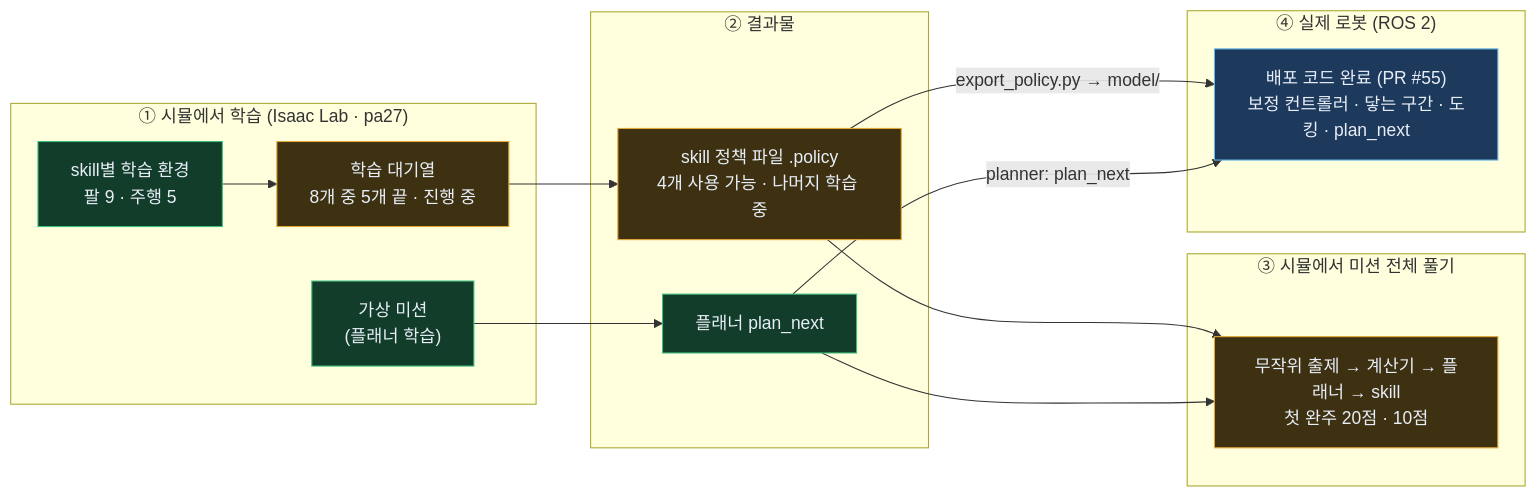
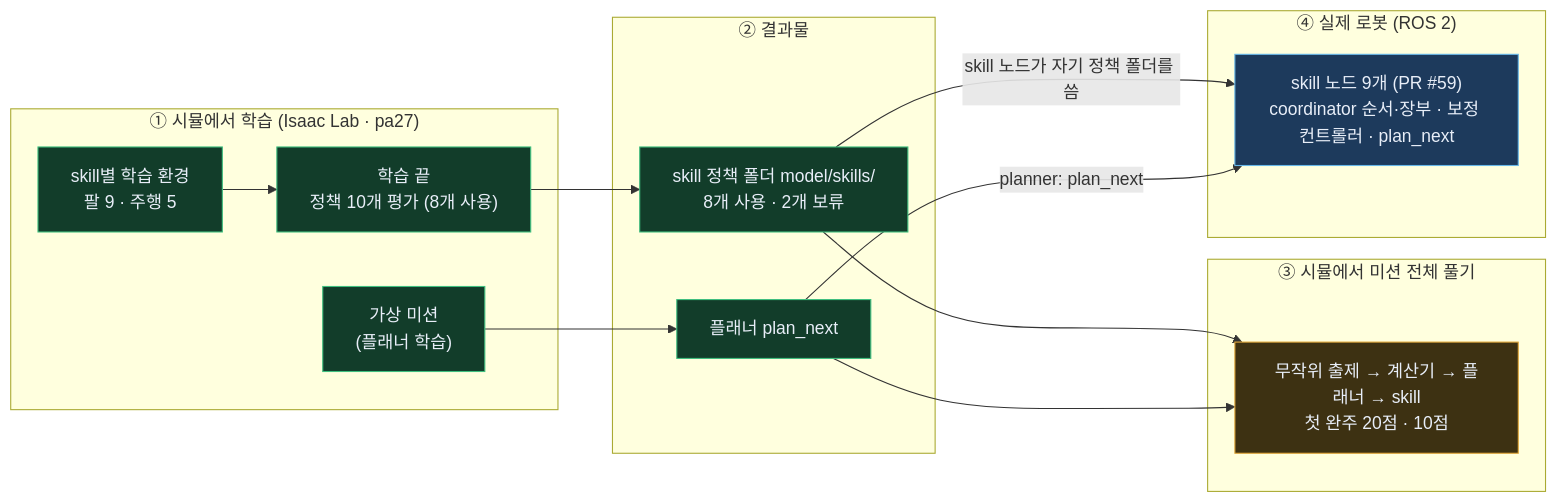
Before and after one commit to JuneKunst/JuneKunst.github.io: the first of 9 diagrams in bee/system-map.md, drawn with Mermaid. The commit also changed other lines of this file and 18 other files, not shown here.

````diff
--- a/bee/system-map.md
+++ b/bee/system-map.md
@@ -13,28 +13,28 @@
 ```mermaid
 flowchart LR
   subgraph g1_SIM["① 시뮬에서 학습 (Isaac Lab · pa27)"]
-    g1_E["skill별 학습 환경<br/>팔 9 · 주행 5"]:::ok --> g1_Q["학습 대기열<br/>8개 중 5개 끝 · 진행 중"]:::wip
+    g1_E["skill별 학습 환경<br/>팔 9 · 주행 5"]:::ok --> g1_Q["학습 끝<br/>정책 10개 평가 (8개 사용)"]:::ok
     g1_MS["가상 미션<br/>(플래너 학습)"]:::ok
   end
   subgraph g1_OUT["② 결과물"]
-    g1_P["skill 정책 파일 .policy<br/>4개 사용 가능 · 나머지 학습 중"]:::wip
+    g1_P["skill 정책 폴더 model/skills/<br/>8개 사용 · 2개 보류"]:::ok
     g1_PN["플래너 plan_next"]:::ok
   end
   subgraph g1_CHECK["③ 시뮬에서 미션 전체 풀기"]
     g1_MR["무작위 출제 → 계산기 → 플래너 → skill<br/>첫 완주 20점 · 10점"]:::wip
   end
   subgraph g1_ROBOT["④ 실제 로봇 (ROS 2)"]
-    g1_R["배포 코드 완료 (PR #55)<br/>보정 컨트롤러 · 닿는 구간 · 도킹 · plan_next"]:::code
+    g1_R["skill 노드 9개 (PR #59)<br/>coordinator 순서·장부 · 보정 컨트롤러 · plan_next"]:::code
   end
   g1_Q --> g1_P
   g1_MS --> g1_PN
   g1_P --> g1_MR
   g1_PN --> g1_MR
-  g1_P -->|"export_policy.py → model/"| g1_R
+  g1_P -->|"skill 노드가 자기 정책 폴더를 씀"| g1_R
   g1_PN -->|"planner: plan_next"| g1_R
   classDef ok fill:#123d2a,stroke:#3fbf7f,color:#e8eef8
   classDef code fill:#1d3a5c,stroke:#67b7e8,color:#e8eef8
   classDef wip fill:#3d3112,stroke:#e2a83a,color:#e8eef8
   classDef no fill:#3d1616,stroke:#e06666,color:#e8eef8
   classDef keep fill:#1c2635,stroke:#8aa0b8,color:#e8eef8
 ```
````
